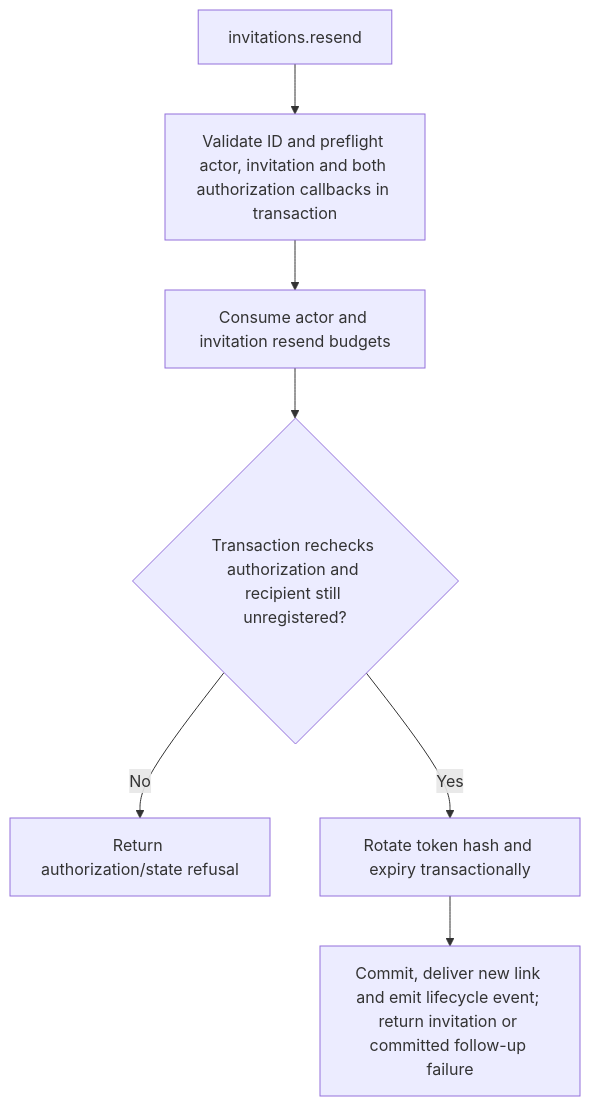
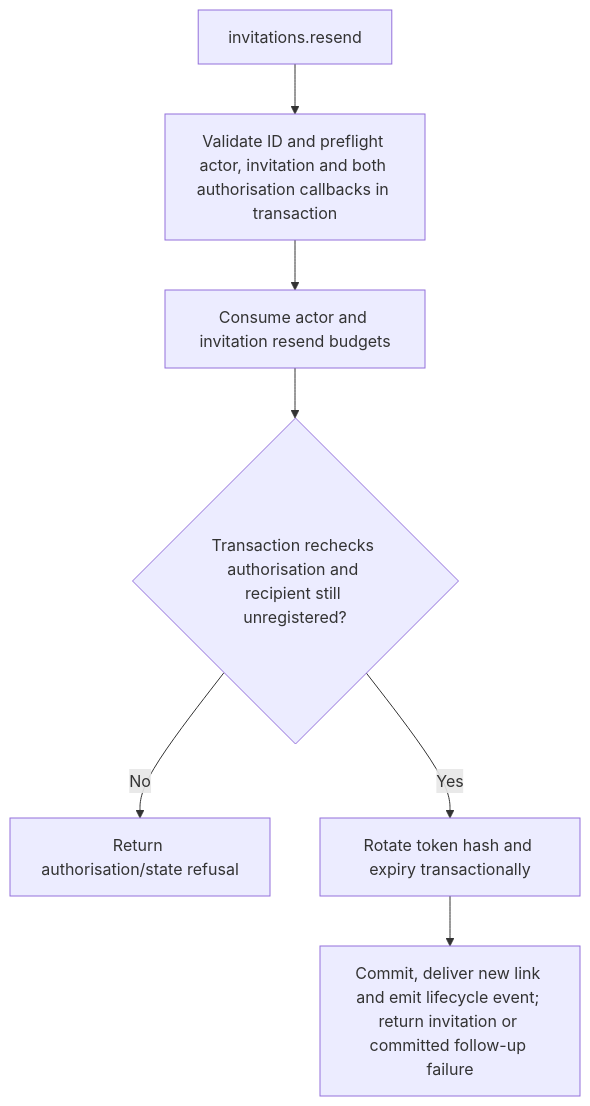
One commit to Kevinjohn/oss-adonisjs-account-kit changed the second of 2 diagrams in user-stories/US-ACCOUNT-11-resend-invitation.md. Above: the diagram before and after it, drawn with Mermaid. The commit also changed other lines of this file and 93 other files, not shown here.

````diff
--- a/user-stories/US-ACCOUNT-11-resend-invitation.md
+++ b/user-stories/US-ACCOUNT-11-resend-invitation.md
@@ -29,9 +29,9 @@
 ```mermaid
 flowchart TD
- A["invitations.resend"] --> B["Validate ID and preflight actor, invitation and both authorization callbacks in transaction"]
+ A["invitations.resend"] --> B["Validate ID and preflight actor, invitation and both authorisation callbacks in transaction"]
  B --> T["Consume actor and invitation resend budgets"]
- T --> C{"Transaction rechecks authorization and recipient still unregistered?"}
- C -->|No| D["Return authorization/state refusal"]
+ T --> C{"Transaction rechecks authorisation and recipient still unregistered?"}
+ C -->|No| D["Return authorisation/state refusal"]
  C -->|Yes| E["Rotate token hash and expiry transactionally"]
  E --> F["Commit, deliver new link and emit lifecycle event; return invitation or committed follow-up failure"]
 ```
````
